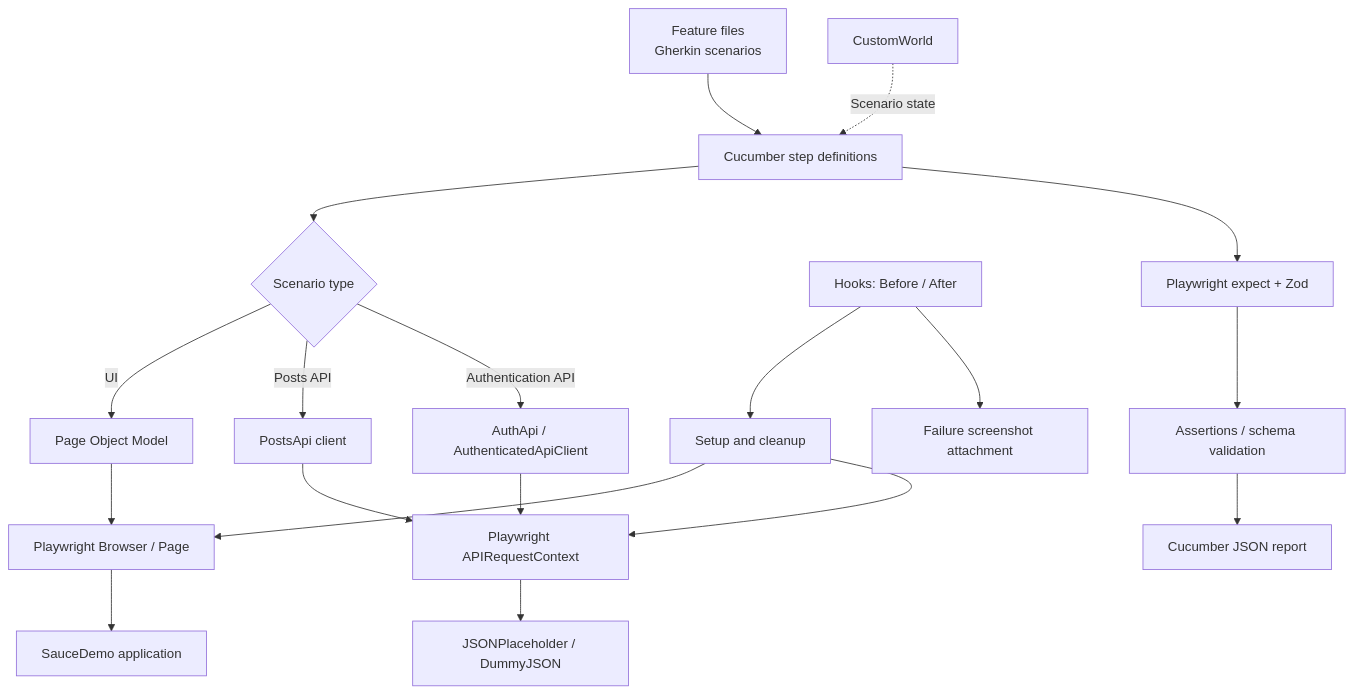
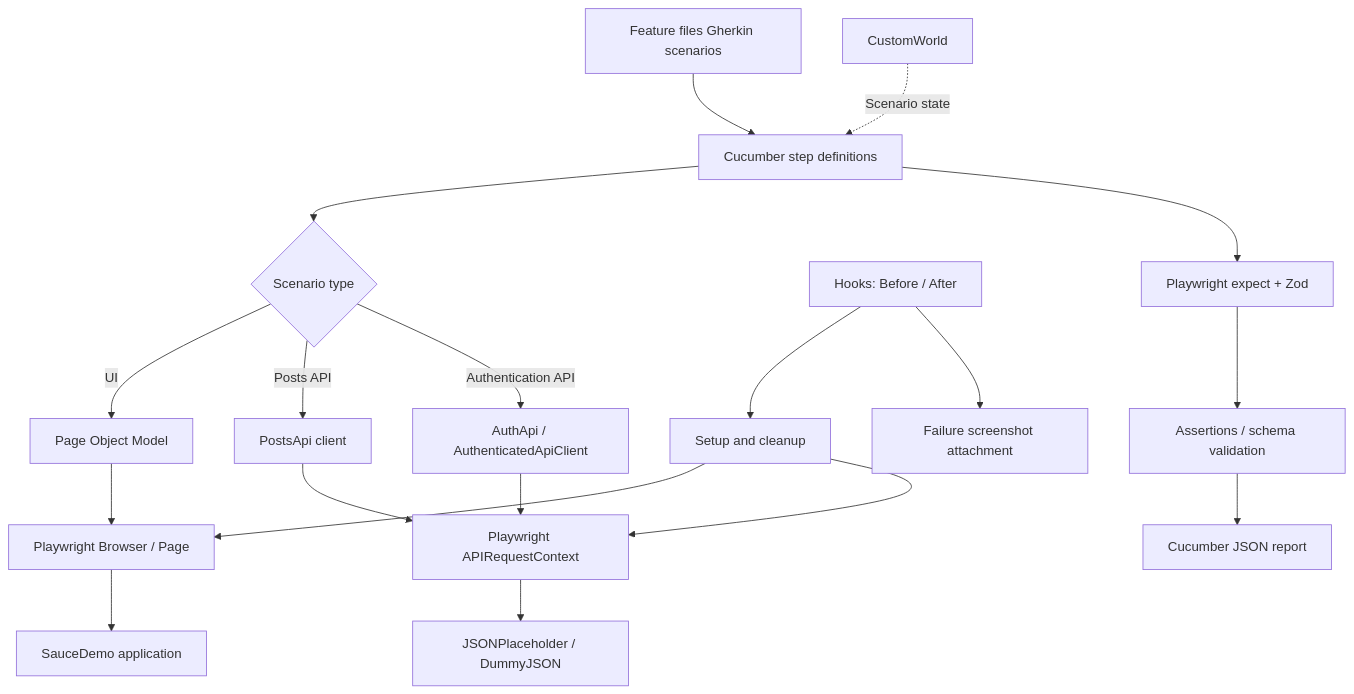
The first of 6 diagrams in README.md (ankit19apr/sauce-demo-playwright-cucumber), drawn with Mermaid before and after one commit. The commit also changed other lines of this file, not shown here.

````diff
--- a/README.md
+++ b/README.md
@@ -41,21 +59,21 @@
 ```mermaid
 flowchart TD
-    A["Feature files<br/>Gherkin scenarios"] --> B["Cucumber step definitions"]
-    B --> C{"Scenario type"}
-    C -->|UI| D["Page Object Model"]
-    C -->|Posts API| E["PostsApi client"]
-    C -->|Authentication API| F["AuthApi / AuthenticatedApiClient"]
-    D --> G["Playwright Browser / Page"]
-    E --> H["Playwright APIRequestContext"]
-    F --> H
-    G --> I["SauceDemo application"]
-    H --> J["JSONPlaceholder / DummyJSON"]
-    K["CustomWorld"] -. "Scenario state" .-> B
-    L["Hooks: Before / After"] --> M["Setup and cleanup"]
-    M --> G
-    M --> H
-    N["Playwright expect + Zod"] --> O["Assertions / schema validation"]
-    B --> N
-    O --> P["Cucumber JSON report"]
-    L --> Q["Failure screenshot attachment"]
+A["Feature files Gherkin scenarios"] --> B["Cucumber step definitions"]
+B --> C{"Scenario type"}
+C -->|UI| D["Page Object Model"]
+C -->|Posts API| E["PostsApi client"]
+C -->|Authentication API| F["AuthApi / AuthenticatedApiClient"]
+D --> G["Playwright Browser / Page"]
+E --> H["Playwright APIRequestContext"]
+F --> H
+G --> I["SauceDemo application"]
+H --> J["JSONPlaceholder / DummyJSON"]
+K["CustomWorld"] -. "Scenario state" .-> B
+L["Hooks: Before / After"] --> M["Setup and cleanup"]
+M --> G
+M --> H
+N["Playwright expect + Zod"] --> O["Assertions / schema validation"]
+B --> N
+O --> P["Cucumber JSON report"]
+L --> Q["Failure screenshot attachment"]
 ```
````
